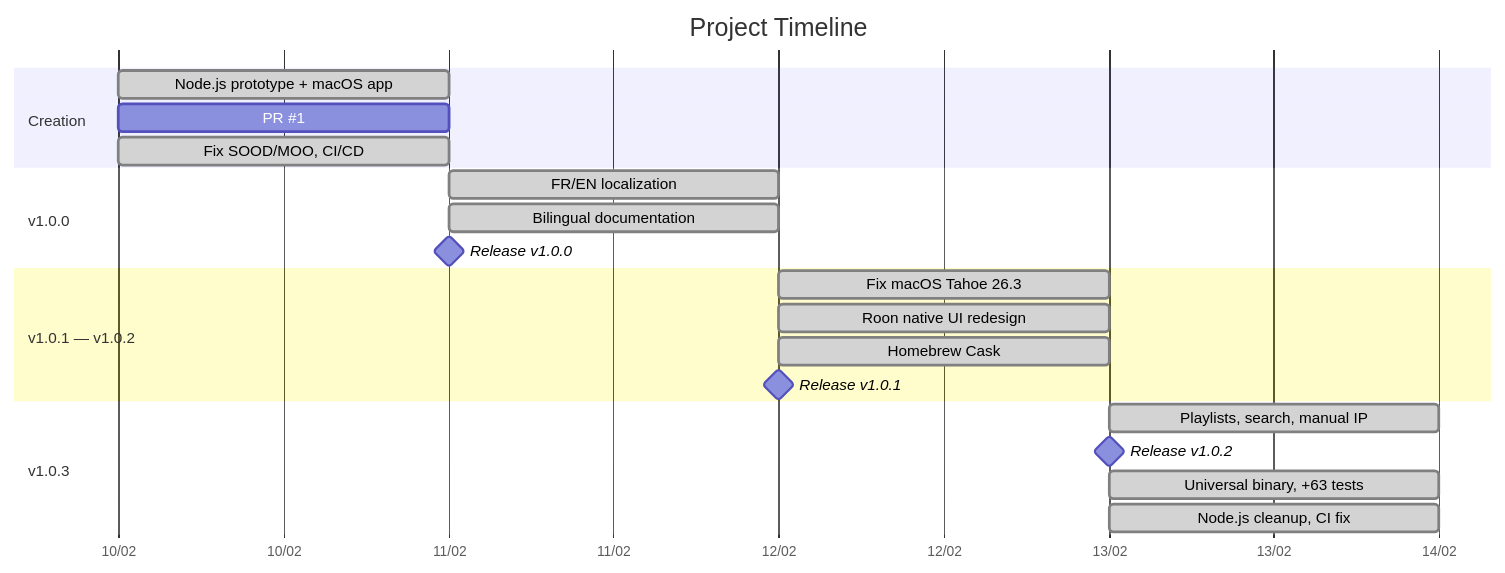
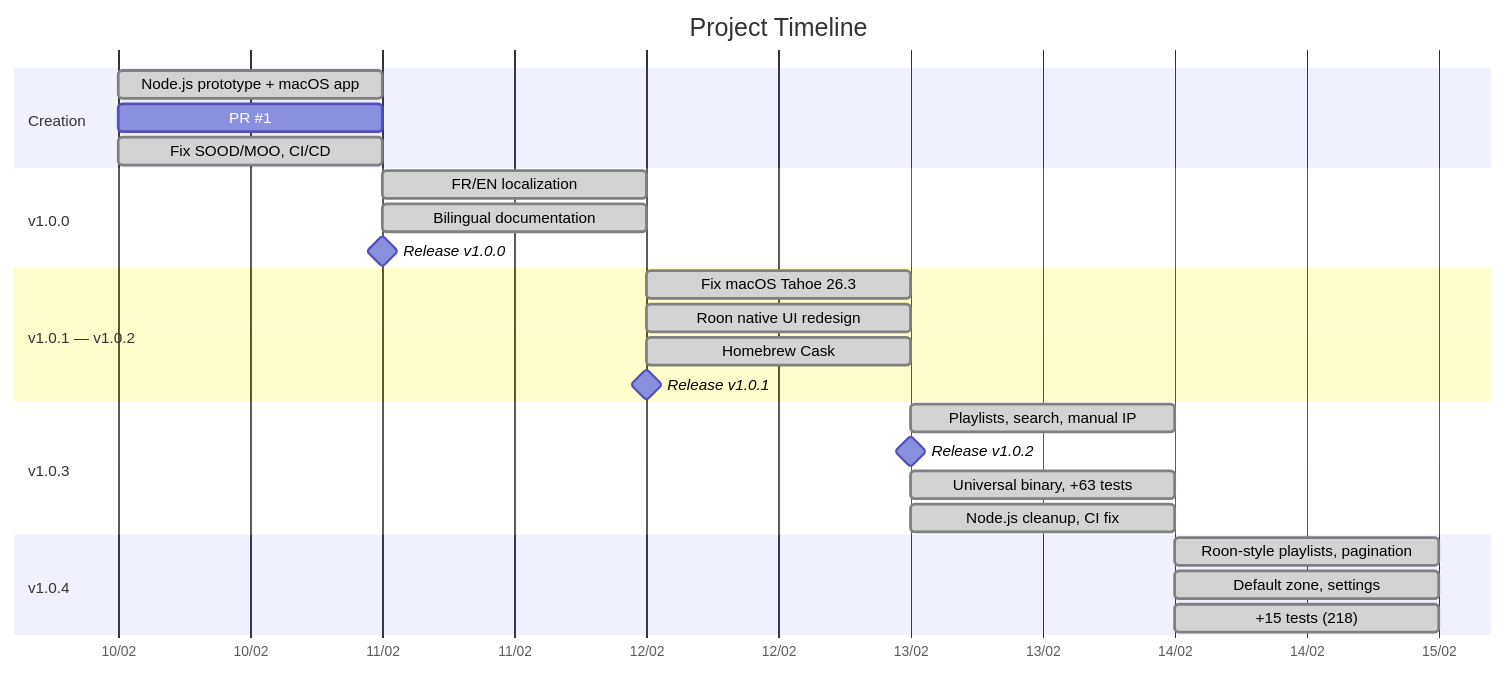
One commit to renesenses/roon-controller changed the diagram in docs/PROJECT_JOURNAL.en.md. Above: the diagram before and after it, drawn with Mermaid. The commit also changed other lines of this file and 10 other files, not shown here.

````diff
--- a/docs/PROJECT_JOURNAL.en.md
+++ b/docs/PROJECT_JOURNAL.en.md
@@ -7,28 +7,33 @@
 ```mermaid
 gantt
     title Project Timeline
     dateFormat YYYY-MM-DD
     axisFormat %d/%m
 
     section Creation
     Node.js prototype + macOS app       :done, 2026-02-10, 1d
     PR #1: native Swift                 :done, 2026-02-10, 1d
     Fix SOOD/MOO, CI/CD                 :done, 2026-02-10, 1d
 
     section v1.0.0
     FR/EN localization                  :done, 2026-02-11, 1d
     Bilingual documentation             :done, 2026-02-11, 1d
     Release v1.0.0                      :milestone, 2026-02-11, 0d
 
     section v1.0.1 — v1.0.2
     Fix macOS Tahoe 26.3               :done, 2026-02-12, 1d
     Roon native UI redesign             :done, 2026-02-12, 1d
     Homebrew Cask                       :done, 2026-02-12, 1d
     Release v1.0.1                      :milestone, 2026-02-12, 0d
 
     section v1.0.3
     Playlists, search, manual IP        :done, 2026-02-13, 1d
     Release v1.0.2                      :milestone, 2026-02-13, 0d
     Universal binary, +63 tests         :done, 2026-02-13, 1d
     Node.js cleanup, CI fix             :done, 2026-02-13, 1d
+
+    section v1.0.4
+    Roon-style playlists, pagination    :done, 2026-02-14, 1d
+    Default zone, settings              :done, 2026-02-14, 1d
+    +15 tests (218)                     :done, 2026-02-14, 1d
 ```
````
